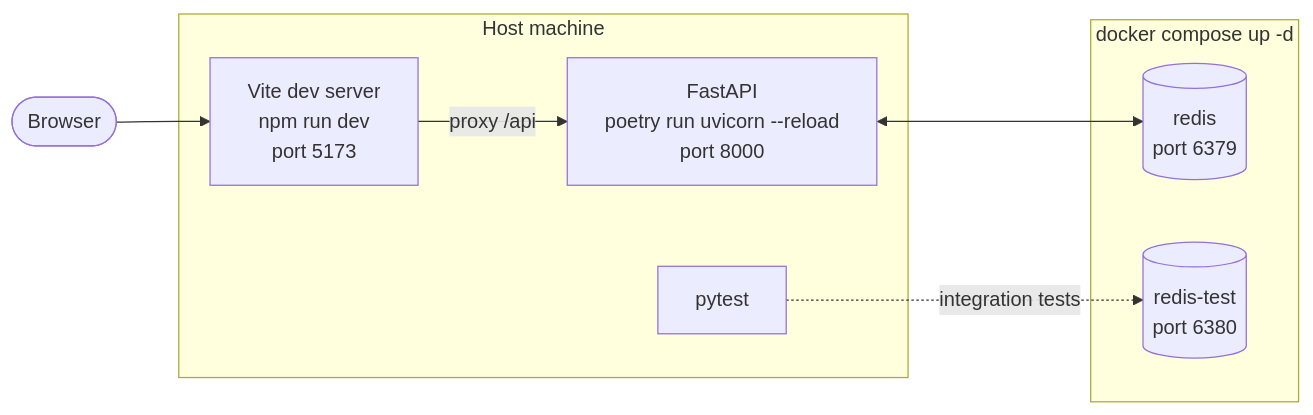
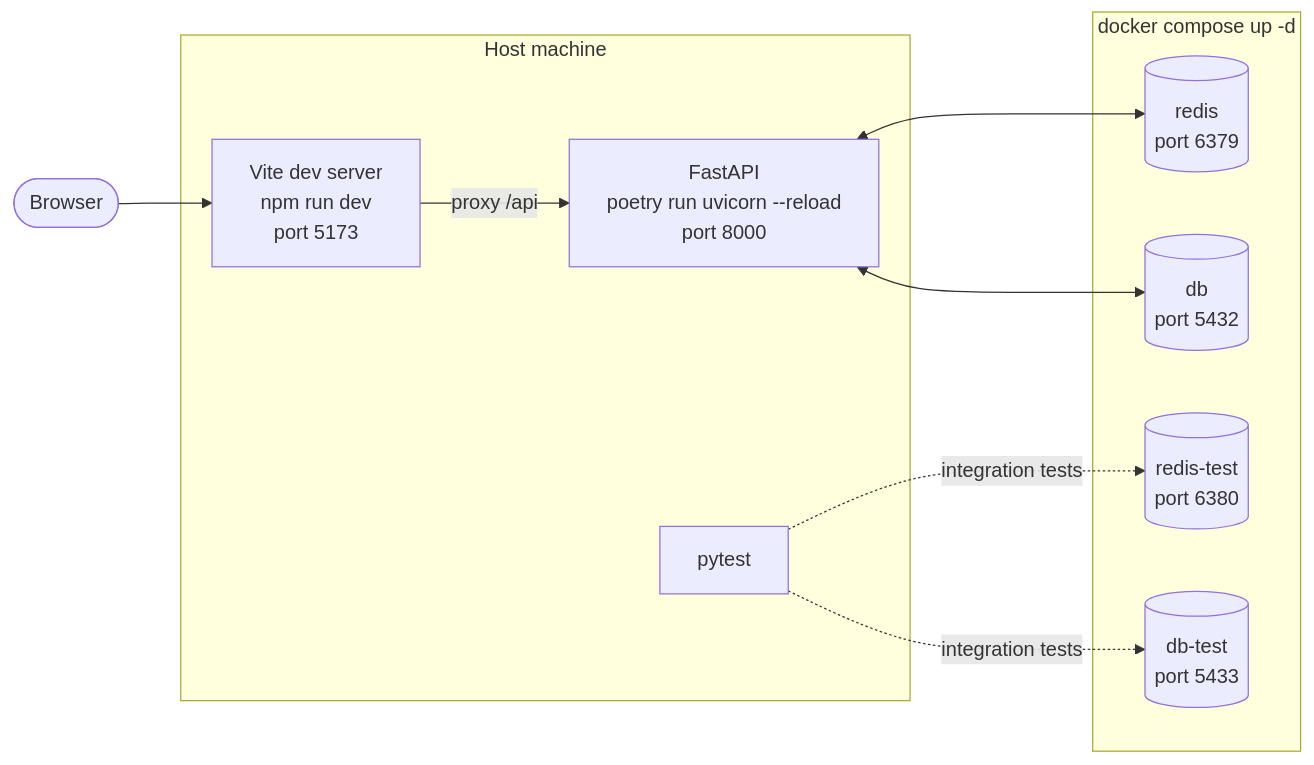
One commit to loktiyur/weather_forecaster changed the third of 9 diagrams in ARCHITECTURE.md. Above: the diagram before and after it, drawn with Mermaid. The commit also changed other lines of this file and 21 other files, not shown here.

````diff
--- a/ARCHITECTURE.md
+++ b/ARCHITECTURE.md
@@ -183,20 +183,24 @@
 ```mermaid
 flowchart LR
     user([Browser])
 
     subgraph host[Host machine]
         vite["Vite dev server<br/>npm run dev<br/>port 5173"]
         uvicorn["FastAPI<br/>poetry run uvicorn --reload<br/>port 8000"]
         tests[pytest]
     end
 
     subgraph compose["docker compose up -d"]
         redis[("redis<br/>port 6379")]
         redistest[("redis-test<br/>port 6380")]
+        db[("db<br/>port 5432")]
+        dbtest[("db-test<br/>port 5433")]
     end
 
     user --> vite
     vite -- "proxy /api" --> uvicorn
     uvicorn <--> redis
+    uvicorn <--> db
     tests -. integration tests .-> redistest
+    tests -. integration tests .-> dbtest
 ```
````
